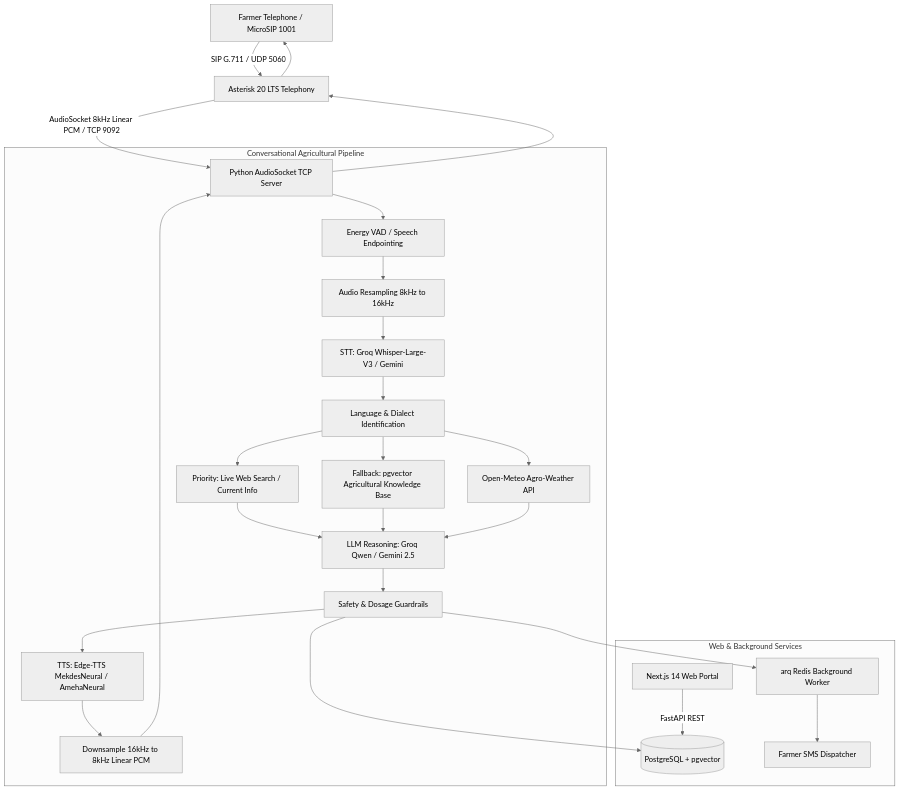
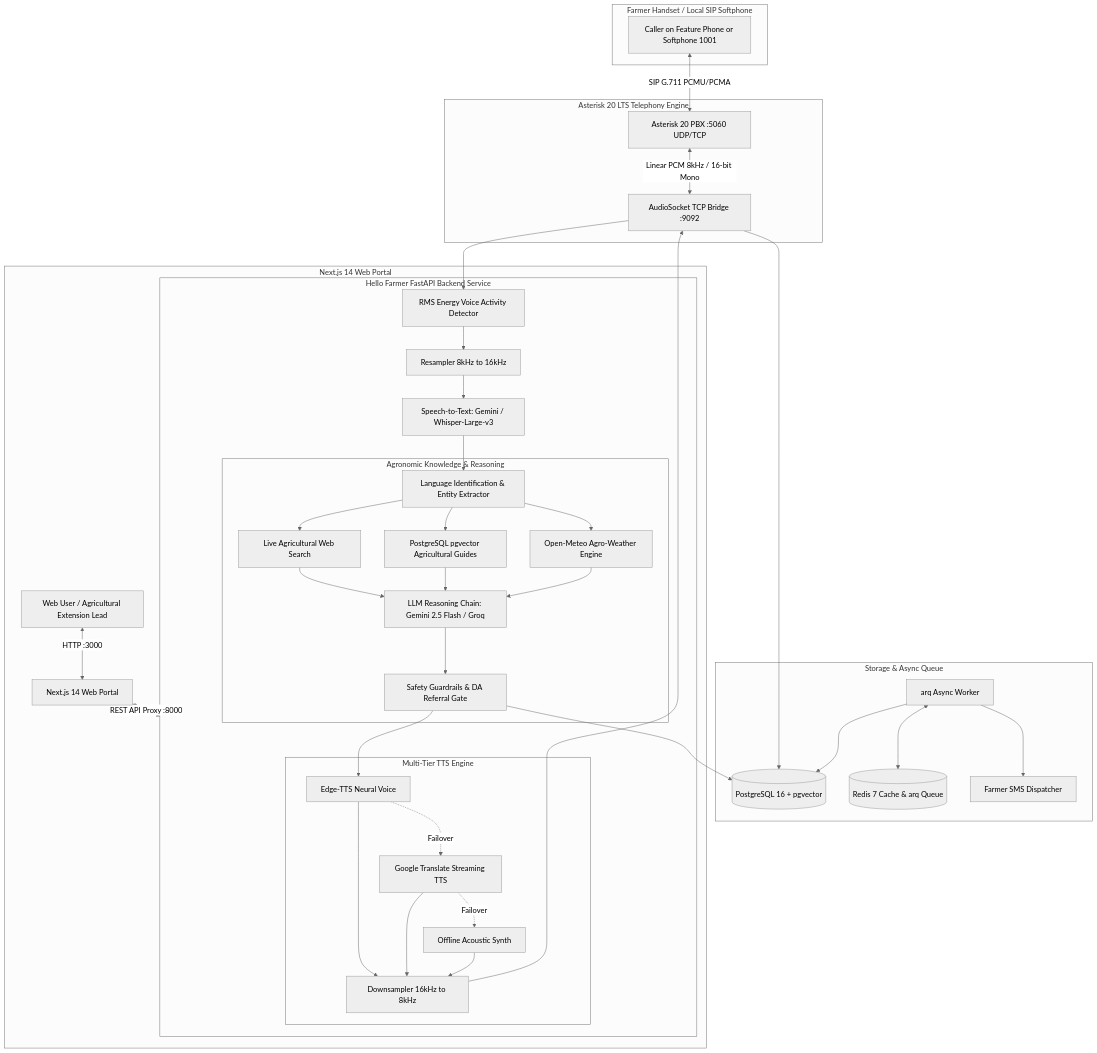
Before and after one commit to jho-G/Hello-Farmer: the diagram in README.md, drawn with Mermaid (neutral theme). The commit also changed other lines of this file, not shown here.

Commit message:
docs: overhaul README with professional architecture, telephony guides, and project specification

````diff
--- a/README.md
+++ b/README.md
@@ -26,32 +82,76 @@
 ```mermaid
 flowchart TD
-    Caller[Farmer Telephone / MicroSIP 1001] -->|SIP G.711 / UDP 5060| Asterisk[Asterisk 20 LTS Telephony]
-    Asterisk -->|AudioSocket 8kHz Linear PCM / TCP 9092| Bridge[Python AudioSocket TCP Server]
-
-    subgraph Core Pipeline [Conversational Agricultural Pipeline]
-        Bridge --> VAD[Energy VAD / Speech Endpointing]
-        VAD --> Resample[Audio Resampling 8kHz to 16kHz]
-        Resample --> STT[STT: Groq Whisper-Large-V3 / Gemini]
-        STT --> LangDet[Language & Dialect Identification]
-        LangDet --> WebSearch[Priority: Live Web Search / Current Info]
-        LangDet --> Retrieval[Fallback: pgvector Agricultural Knowledge Base]
-        LangDet --> Weather[Open-Meteo Agro-Weather API]
-        WebSearch --> LLM[LLM Reasoning: Groq Qwen / Gemini 2.5]
-        Retrieval --> LLM
-        Weather --> LLM
-        LLM --> Guardrails[Safety & Dosage Guardrails]
-        Guardrails --> TTS[TTS: Edge-TTS MekdesNeural / AmehaNeural]
-        TTS --> Downsample[Downsample 16kHz to 8kHz Linear PCM]
+    subgraph CallerAccess [Farmer Handset / Local SIP Softphone]
+        Farmer[Caller on Feature Phone or Softphone 1001]
     end
 
-    Downsample --> Bridge
-    Bridge --> Asterisk
-    Asterisk --> Caller
+    subgraph TelephonyPBX [Asterisk 20 LTS Telephony Engine]
+        Ast[Asterisk 20 PBX :5060 UDP/TCP]
+        SockBridge[AudioSocket TCP Bridge :9092]
+        Farmer <-->|SIP G.711 PCMU/PCMA| Ast
+        Ast <-->|Linear PCM 8kHz / 16-bit Mono| SockBridge
+    end
 
-    subgraph Web & Background Services
-        Guardrails --> DB[(PostgreSQL + pgvector)]
-        Guardrails --> Worker[arq Redis Background Worker]
-        Worker --> SMS[Farmer SMS Dispatcher]
-        Web[Next.js 14 Web Portal] -->|FastAPI REST| DB
+    subgraph CoreBackend [Hello Farmer FastAPI Backend Service]
+        VAD[RMS Energy Voice Activity Detector]
+        Resample[Resampler 8kHz to 16kHz]
+        STT[Speech-to-Text: Gemini / Whisper-Large-v3]
+        LangRoute[Language Identification & Entity Extractor]
+        
+        SockBridge --> VAD
+        VAD --> Resample
+        Resample --> STT
+        STT --> LangRoute
+
+        subgraph KnowledgeReasoning [Agronomic Knowledge & Reasoning]
+            WebSearch[Live Agricultural Web Search]
+            PgVector[PostgreSQL pgvector Agricultural Guides]
+            WeatherEngine[Open-Meteo Agro-Weather Engine]
+            LLM[LLM Reasoning Chain: Gemini 2.5 Flash / Groq]
+            Guardrails[Safety Guardrails & DA Referral Gate]
+
+            LangRoute --> WebSearch
+            LangRoute --> PgVector
+            LangRoute --> WeatherEngine
+            WebSearch --> LLM
+            PgVector --> LLM
+            WeatherEngine --> LLM
+            LLM --> Guardrails
+        end
+
+        subgraph SpeechSynthesis [Multi-Tier TTS Engine]
+            TTS1[Edge-TTS Neural Voice]
+            TTS2[Google Translate Streaming TTS]
+            TTS3[Offline Acoustic Synth]
+            Downsample[Downsampler 16kHz to 8kHz]
+
+            Guardrails --> TTS1
+            TTS1 -. Failover .-> TTS2
+            TTS2 -. Failover .-> TTS3
+            TTS1 --> Downsample
+            TTS2 --> Downsample
+            TTS3 --> Downsample
+        end
+
+        Downsample --> SockBridge
+    end
+
+    subgraph DataStorage [Storage & Async Queue]
+        DB[(PostgreSQL 16 + pgvector)]
+        RedisCache[(Redis 7 Cache & arq Queue)]
+        Worker[arq Async Worker]
+        SMS[Farmer SMS Dispatcher]
+
+        Guardrails --> DB
+        SockBridge --> DB
+        Worker <--> RedisCache
+        Worker --> DB
+        Worker --> SMS
+    end
+
+    subgraph FrontendApp [Next.js 14 Web Portal]
+        WebClient[Web User / Agricultural Extension Lead]
+        WebClient <-->|HTTP :3000| NextPortal[Next.js 14 Web Portal]
+        NextPortal <-->|REST API Proxy :8000| CoreBackend
     end
 ```
````
